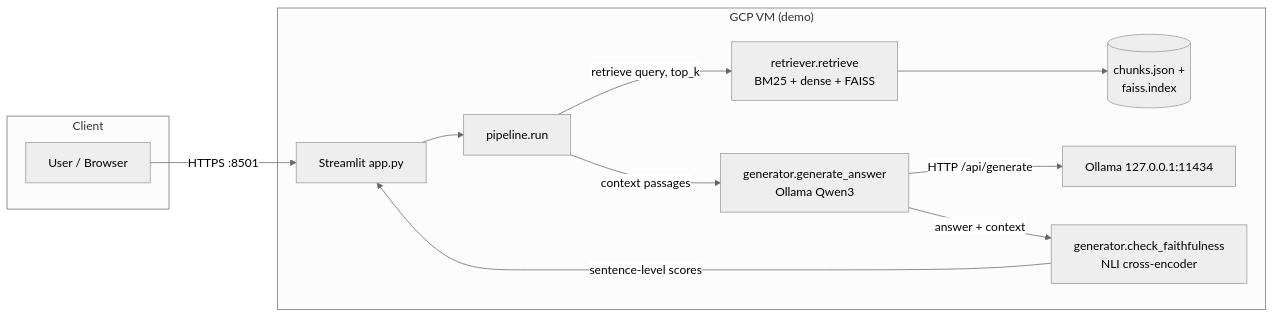
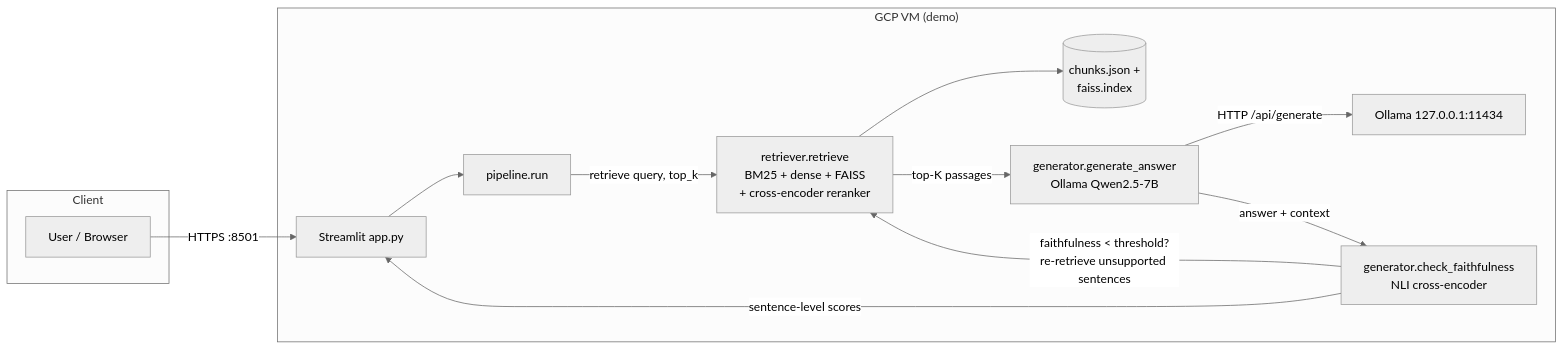
The diagram in diagrams/system_architecture.mmd (xjlin0624/pubmed-rag), drawn with Mermaid (neutral theme) before and after one commit.

Commit message:
Fix architecture diagram: correct model name, add reranker, add re-retrieval loop

```diff
--- a/diagrams/system_architecture.mmd
+++ b/diagrams/system_architecture.mmd
@@ -1,26 +1,27 @@
 %% PubMed RAG — system architecture (Mermaid source).
 %% Render in VS Code / GitHub, or: npx @mermaid-js/mermaid-cli -i diagrams/system_architecture.mmd -o diagrams/system_architecture.png
 
 flowchart LR
     subgraph client["Client"]
         U[User / Browser]
     end
 
     subgraph gcp["GCP VM (demo)"]
         ST[Streamlit app.py]
         PL[pipeline.run]
-        RT[retriever.retrieve\nBM25 + dense + FAISS]
-        GEN[generator.generate_answer\nOllama Qwen3]
+        RT[retriever.retrieve\nBM25 + dense + FAISS\n+ cross-encoder reranker]
+        GEN[generator.generate_answer\nOllama Qwen2.5-7B]
         NLI[generator.check_faithfulness\nNLI cross-encoder]
         OL[Ollama 127.0.0.1:11434]
         IDX[(chunks.json +\nfaiss.index)]
     end
 
     U -->|HTTPS :8501| ST
     ST --> PL
     PL -->|retrieve query, top_k| RT
     RT --> IDX
-    PL -->|context passages| GEN
+    RT -->|top-K passages| GEN
     GEN -->|HTTP /api/generate| OL
     GEN -->|answer + context| NLI
+    NLI -->|faithfulness < threshold?\nre-retrieve unsupported sentences| RT
     NLI -->|sentence-level scores| ST
```
